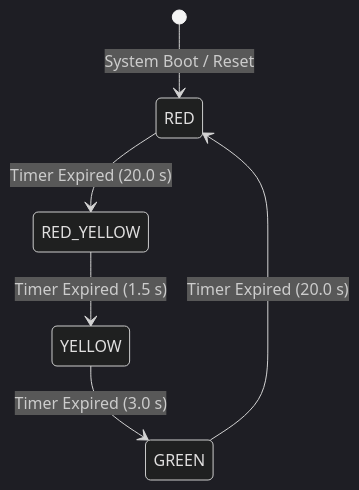
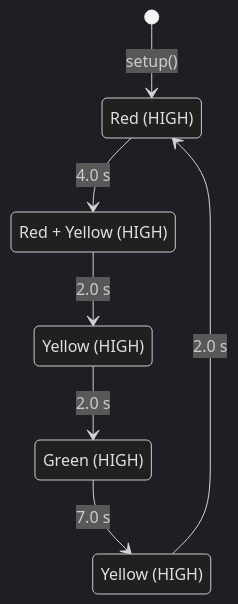
One commit to Sohan331/RS2_Embreadded changed the diagram in Traffic Light Project_1/README.md. Above: the diagram before and after it, drawn with Mermaid (dark theme). The commit also changed other lines of this file and 3 other files, not shown here.

````diff
--- a/Traffic Light Project_1/README.md
+++ b/Traffic Light Project_1/README.md
@@ -93,8 +92,15 @@
 ```mermaid
 stateDiagram-v2
-    [*] --> RED: System Boot / Reset
-    RED --> RED_YELLOW: Timer Expired (20.0 s)
-    RED_YELLOW --> YELLOW: Timer Expired (1.5 s)
-    YELLOW --> GREEN: Timer Expired (3.0 s)
-    GREEN --> RED: Timer Expired (20.0 s)
+    [*] --> RED: setup()
+    RED --> RED_YELLOW: 4.0 s
+    RED_YELLOW --> YELLOW_1: 2.0 s
+    YELLOW_1 --> GREEN: 2.0 s
+    GREEN --> YELLOW_2: 7.0 s
+    YELLOW_2 --> RED: 2.0 s
+
+    RED: Red (HIGH)
+    RED_YELLOW: Red + Yellow (HIGH)
+    YELLOW_1: Yellow (HIGH)
+    GREEN: Green (HIGH)
+    YELLOW_2: Yellow (HIGH)
 ```
````
